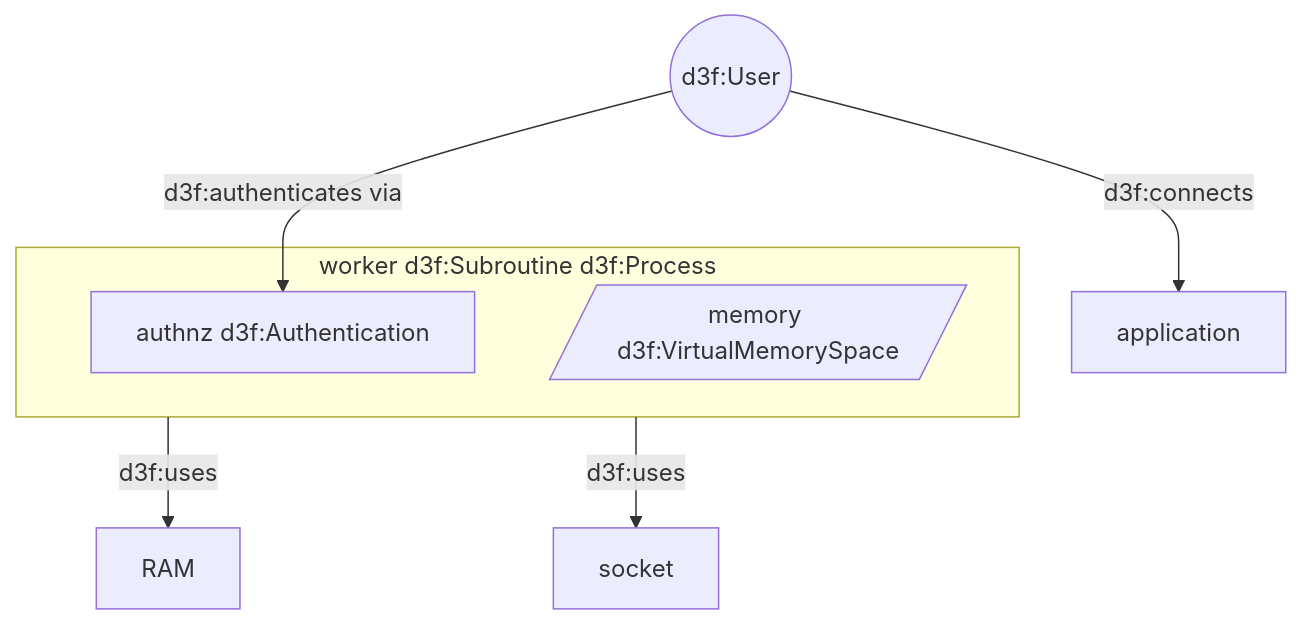
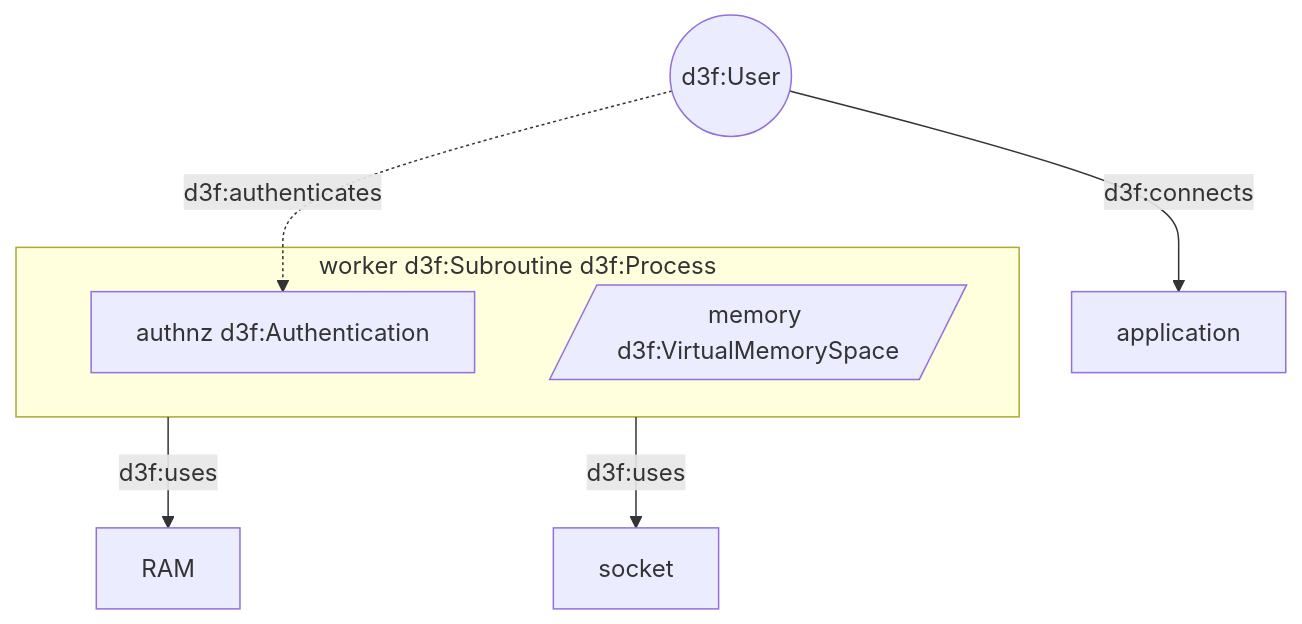
Before and after one commit to par-tec/d3fend-tools: the fourth of 4 diagrams in docs/static/examples/mermaid/application.md, drawn with Mermaid. The commit also changed 11 other files, not shown here.

````diff
--- a/docs/static/examples/mermaid/application.md
+++ b/docs/static/examples/mermaid/application.md
@@ -77,12 +77,12 @@
 ```mermaid
 graph
 subgraph worker[worker d3f:Subroutine d3f:Process]
 authnz["authnz d3f:Authentication"]
 worker-state[/"memory d3f:VirtualMemorySpace"/]
 end
 worker -->|d3f:uses| RAM
 worker -->|d3f:uses| socket
 
 user((d3f:User)) -->|d3f:connects| application
-user -->|d3f:authenticates via| authnz
+user -.->|d3f:authenticates| authnz
 ```
````
